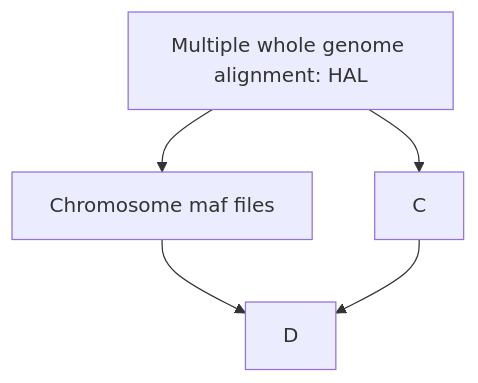
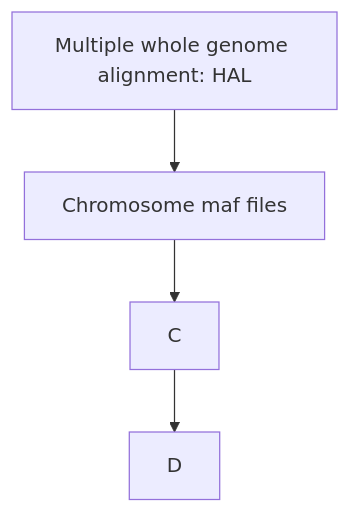
One commit to mileswhedbee/RERconverge_pipeline changed the diagram in README.md. Above: the diagram before and after it, drawn with Mermaid.

````diff
--- a/README.md
+++ b/README.md
@@ -6,7 +6,6 @@
 ```mermaid
 graph TD;
     A[Multiple whole genome alignment: HAL]-->B[Chromosome maf files];
-    A-->C;
-    B-->D;
+    B-->C;
     C-->D;
 ```
````
